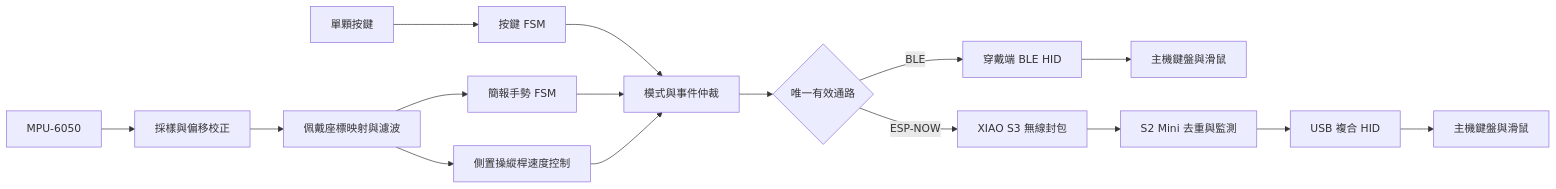
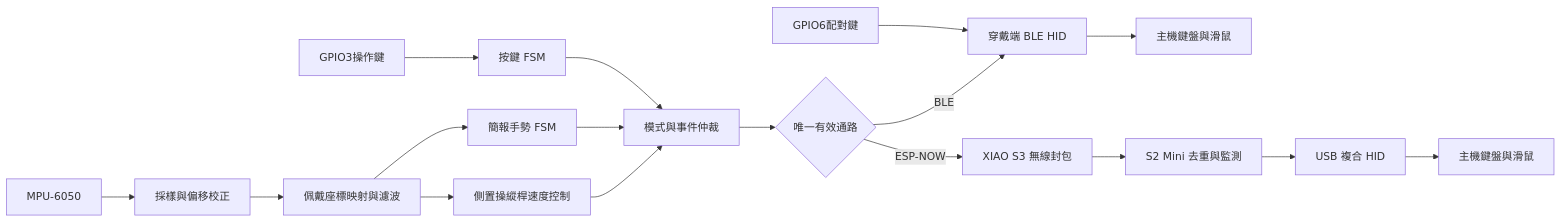
Before and after one commit to shix2000/HuiYan_C3_V1: the first of 5 diagrams in HuiYan_PRD.md, drawn with Mermaid. The commit also changed other lines of this file, not shown here.

````diff
--- a/HuiYan_PRD.md
+++ b/HuiYan_PRD.md
@@ -98,18 +150,19 @@
 ```mermaid
 flowchart LR
     IMU[MPU-6050] --> SAMPLE[採樣與偏移校正]
-    BTN[單顆按鍵] --> BFSM[按鍵 FSM]
+    BTN[GPIO3操作鍵] --> BFSM[按鍵 FSM]
+    PAIR[GPIO6配對鍵] --> BLE
     SAMPLE --> MAP[佩戴座標映射與濾波]
     MAP --> GEST[簡報手勢 FSM]
     MAP --> MOUSE[側置操縱桿速度控制]
     BFSM --> ARB[模式與事件仲裁]
     GEST --> ARB
     MOUSE --> ARB
     ARB --> SELECT{唯一有效通路}
     SELECT -->|BLE| BLE[穿戴端 BLE HID]
     BLE --> PC1[主機鍵盤與滑鼠]
     SELECT -->|ESP-NOW| RADIO[XIAO S3 無線封包]
     RADIO --> S2[S2 Mini 去重與監測]
     S2 --> USB[USB 複合 HID]
     USB --> PC2[主機鍵盤與滑鼠]
 ```
````
